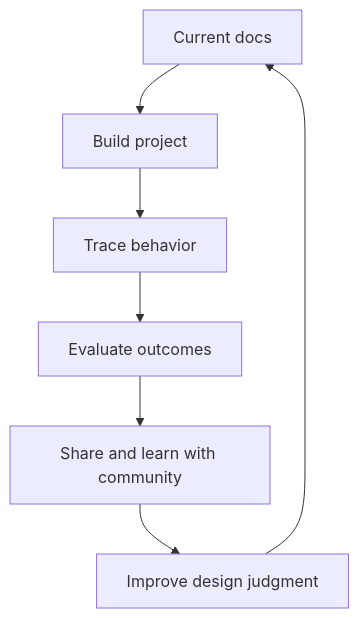
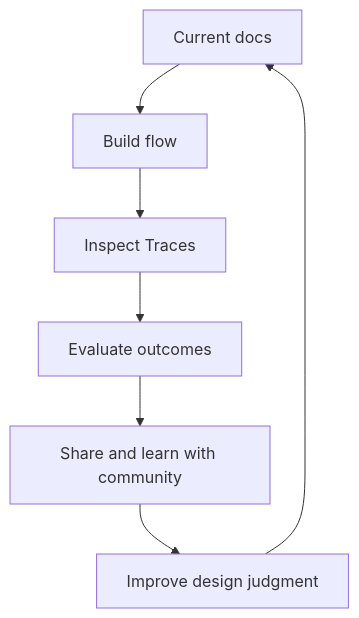
Before and after one commit to naren-allam/agents-beginners: the eighth of 9 diagrams in book/chapters/chapter-07-the-future-of-agentic-ai-and-your-role.md, drawn with Mermaid. The commit also changed other lines of this file and 28 other files, not shown here.

````diff
--- a/book/chapters/chapter-07-the-future-of-agentic-ai-and-your-role.md
+++ b/book/chapters/chapter-07-the-future-of-agentic-ai-and-your-role.md
@@ -230,16 +237,16 @@
 ```mermaid
 flowchart TD
     Docs["Current docs"]
-    Build["Build project"]
-    Trace["Trace behavior"]
+    Build["Build flow"]
+    Trace["Inspect Traces"]
     Evaluate["Evaluate outcomes"]
     Share["Share and learn with community"]
     Improve["Improve design judgment"]
 
     Docs --> Build
     Build --> Trace
     Trace --> Evaluate
     Evaluate --> Share
     Share --> Improve
     Improve --> Docs
 ```
````
